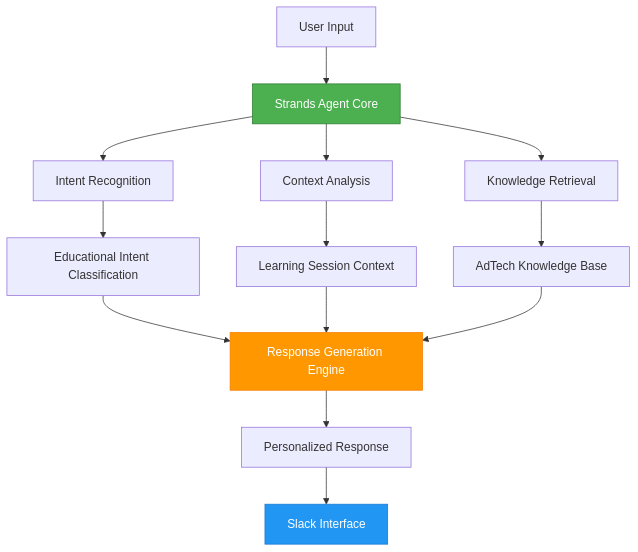
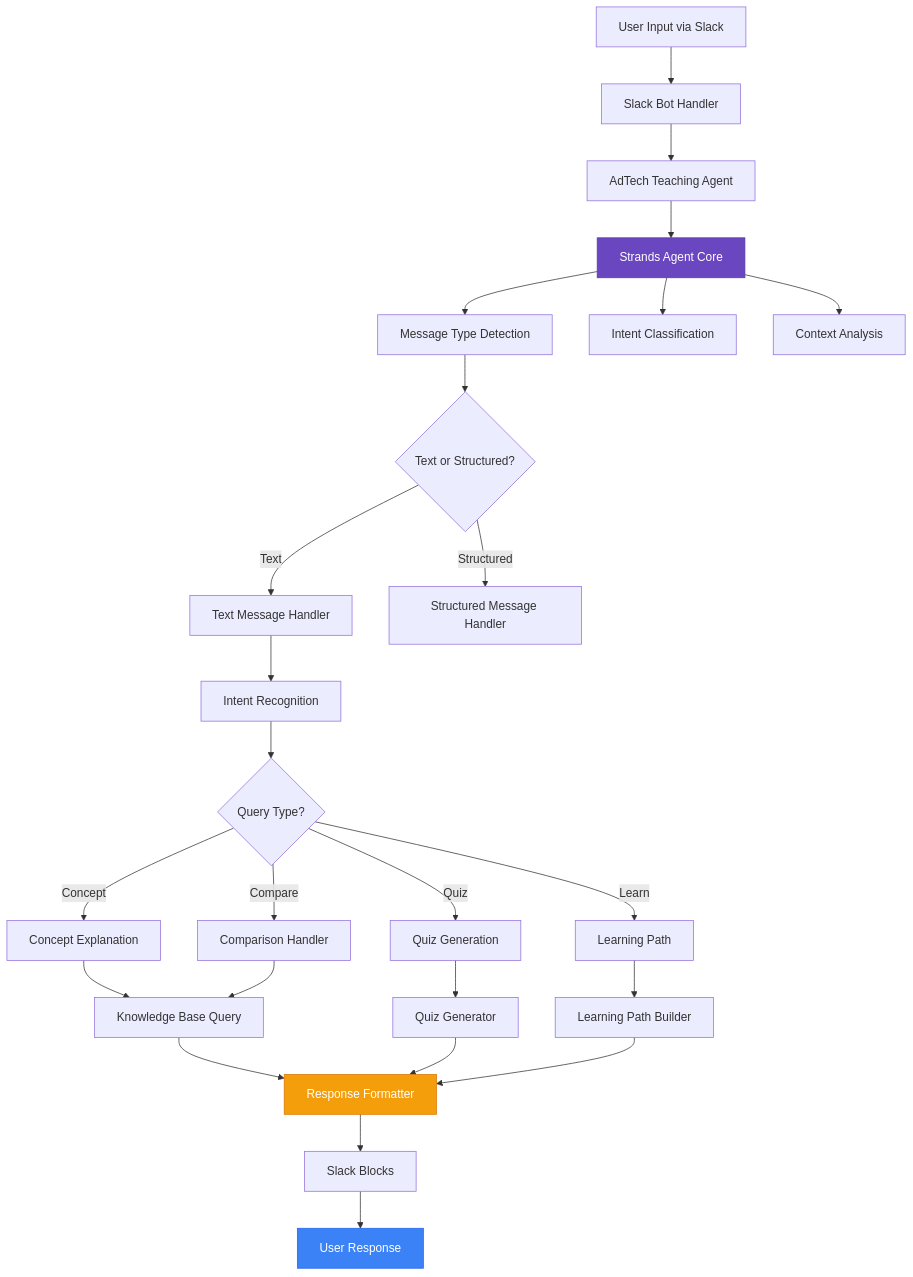
Before and after one commit to bkeelapudi/Adtech-tech-teaching-assistant: the first of 14 diagrams in blog_post.md, drawn with Mermaid. The commit also changed other lines of this file, not shown here.

````diff
--- a/blog_post.md
+++ b/blog_post.md
@@ -21,22 +17,37 @@
 ```mermaid
 graph TB
-    A[User Input] --> B[Strands Agent Core]
-    B --> C[Intent Recognition]
-    B --> D[Context Analysis]
-    B --> E[Knowledge Retrieval]
+    A[User Input via Slack] --> B[Slack Bot Handler]
+    B --> C[AdTech Teaching Agent]
+    C --> D[Strands Agent Core]
     
-    C --> F[Educational Intent Classification]
-    D --> G[Learning Session Context]
-    E --> H[AdTech Knowledge Base]
+    D --> E[Message Type Detection]
+    D --> F[Intent Classification]
+    D --> G[Context Analysis]
     
-    F --> I[Response Generation Engine]
-    G --> I
-    H --> I
+    E --> H{Text or Structured?}
+    H -->|Text| I[Text Message Handler]
+    H -->|Structured| J[Structured Message Handler]
     
-    I --> J[Personalized Response]
-    J --> K[Slack Interface]
+    I --> K[Intent Recognition]
+    K --> L{Query Type?}
+    L -->|Concept| M[Concept Explanation]
+    L -->|Quiz| N[Quiz Generation]
+    L -->|Compare| O[Comparison Handler]
+    L -->|Learn| P[Learning Path]
     
-    style B fill:#4CAF50,stroke:#2E7D32,color:#fff
-    style I fill:#FF9800,stroke:#F57C00,color:#fff
-    style K fill:#2196F3,stroke:#1976D2,color:#fff
+    M --> Q[Knowledge Base Query]
+    N --> R[Quiz Generator]
+    O --> Q
+    P --> S[Learning Path Builder]
+    
+    Q --> T[Response Formatter]
+    R --> T
+    S --> T
+    
+    T --> U[Slack Blocks]
+    U --> V[User Response]
+    
+    style D fill:#6B46C1,stroke:#553C9A,color:#fff
+    style T fill:#F59E0B,stroke:#D97706,color:#fff
+    style V fill:#3B82F6,stroke:#2563EB,color:#fff
 ```
````
